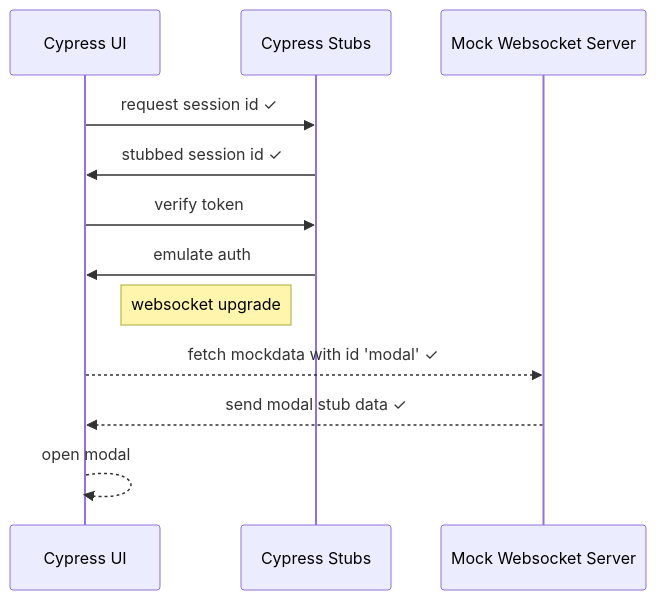
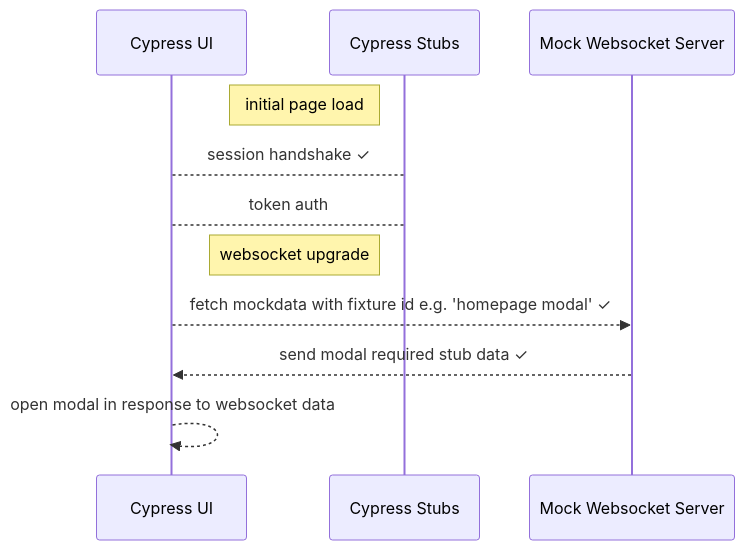
One commit to shedali/cypress-mock-websockets changed the diagram in mocksequence.mmd. Above: the diagram before and after it, drawn with Mermaid.

```diff
--- a/mocksequence.mmd
+++ b/mocksequence.mmd
@@ -1,12 +1,11 @@
 sequenceDiagram
     participant ui as Cypress UI
     participant stubs as Cypress Stubs
     participant mocksocket as Mock Websocket Server
-    ui ->> stubs: request session id ✓
-    stubs ->> ui: stubbed session id ✓
-    ui ->> stubs: verify token
-    stubs ->> ui: emulate  auth
+    note left of stubs: initial page load
+    ui --> stubs: session handshake ✓
+    ui --> stubs: token auth
     note left of stubs: websocket upgrade
-    ui -->> mocksocket: fetch mockdata with id 'modal' ✓
-    mocksocket -->> ui: send modal stub data ✓
-    ui -->> ui: open modal
+    ui -->> mocksocket: fetch mockdata with fixture id e.g. 'homepage modal' ✓
+    mocksocket -->> ui: send modal required stub data ✓
+    ui -->> ui: open modal in response to websocket data
```
